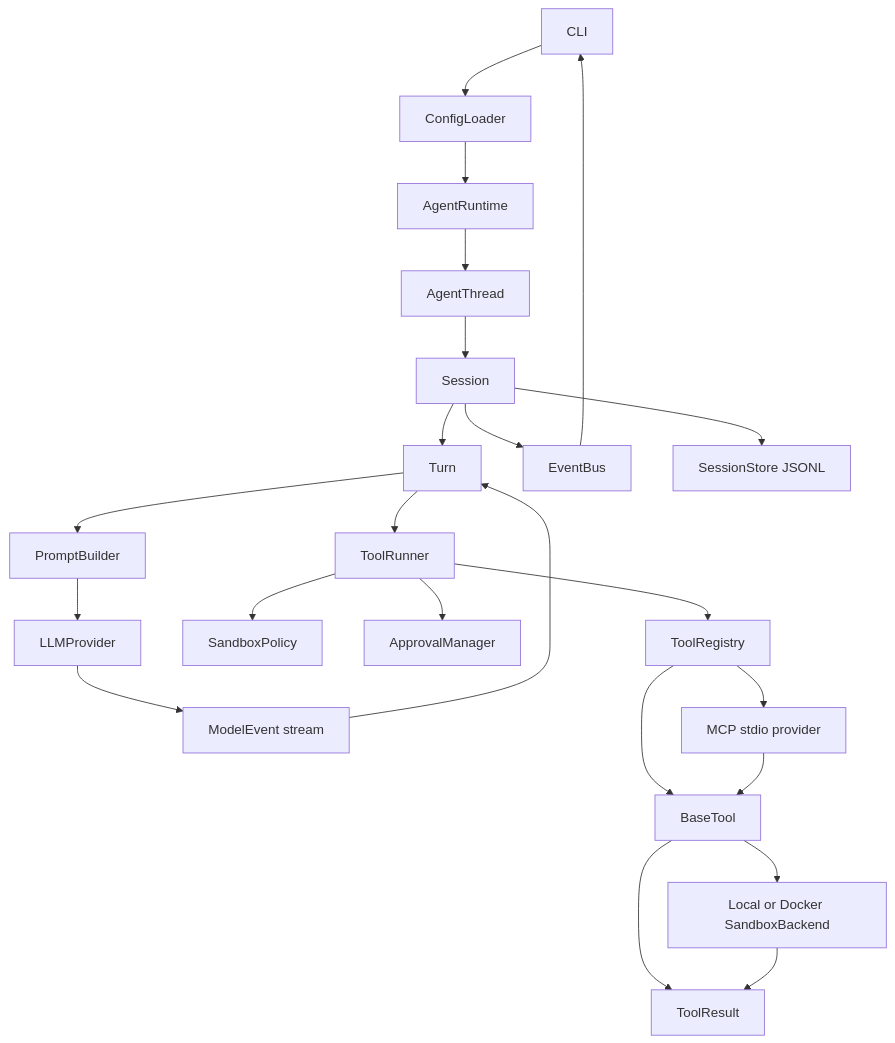
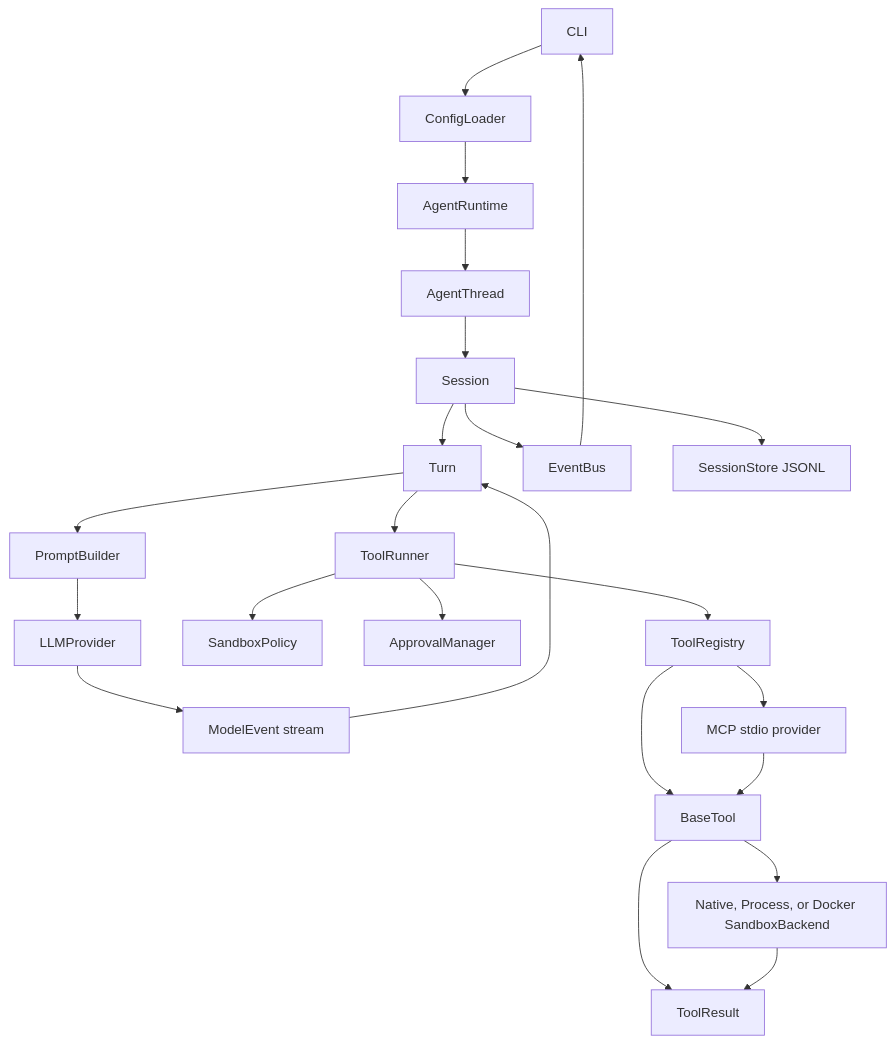
One commit to Dabuliule/codecraft changed the diagram in docs/ARCHITECTURE.md. Above: the diagram before and after it, drawn with Mermaid. The commit also changed other lines of this file and 35 other files, not shown here.

Commit message:
feat(sandbox): add native OS isolation

````diff
--- a/docs/ARCHITECTURE.md
+++ b/docs/ARCHITECTURE.md
@@ -18,25 +18,25 @@
 ```mermaid
 flowchart TD
     CLI[CLI] --> ConfigLoader[ConfigLoader]
     ConfigLoader --> Runtime[AgentRuntime]
     Runtime --> Thread[AgentThread]
     Thread --> Session[Session]
     Session --> Turn[Turn]
     Turn --> PromptBuilder[PromptBuilder]
     PromptBuilder --> Provider[LLMProvider]
     Provider --> ModelEvents[ModelEvent stream]
     ModelEvents --> Turn
     Turn --> ToolRunner[ToolRunner]
     ToolRunner --> Sandbox[SandboxPolicy]
     ToolRunner --> Approval[ApprovalManager]
     ToolRunner --> Registry[ToolRegistry]
     Registry --> Tool[BaseTool]
     Registry --> MCPProvider[MCP stdio provider]
     MCPProvider --> Tool
-    Tool --> Backend[Local or Docker SandboxBackend]
+    Tool --> Backend[Native, Process, or Docker SandboxBackend]
     Tool --> ToolResult[ToolResult]
     Backend --> ToolResult
     Session --> EventBus[EventBus]
     Session --> Store[SessionStore JSONL]
     EventBus --> CLI
 ```
````
